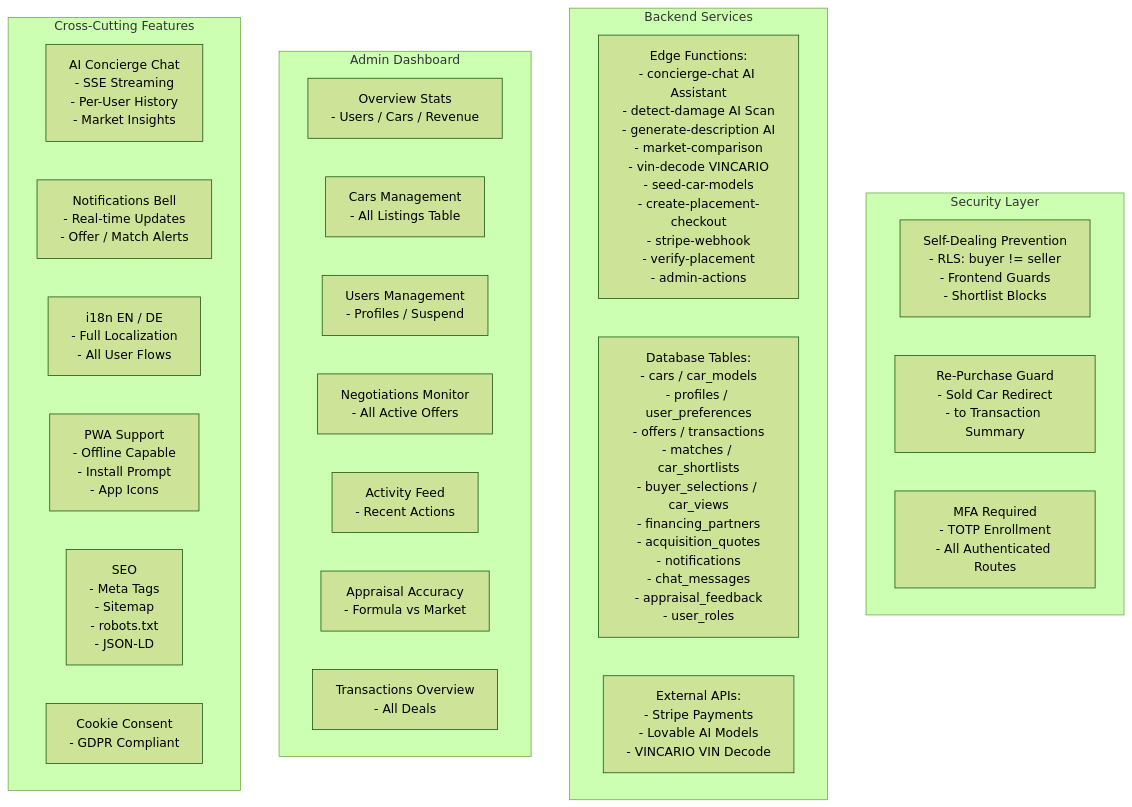
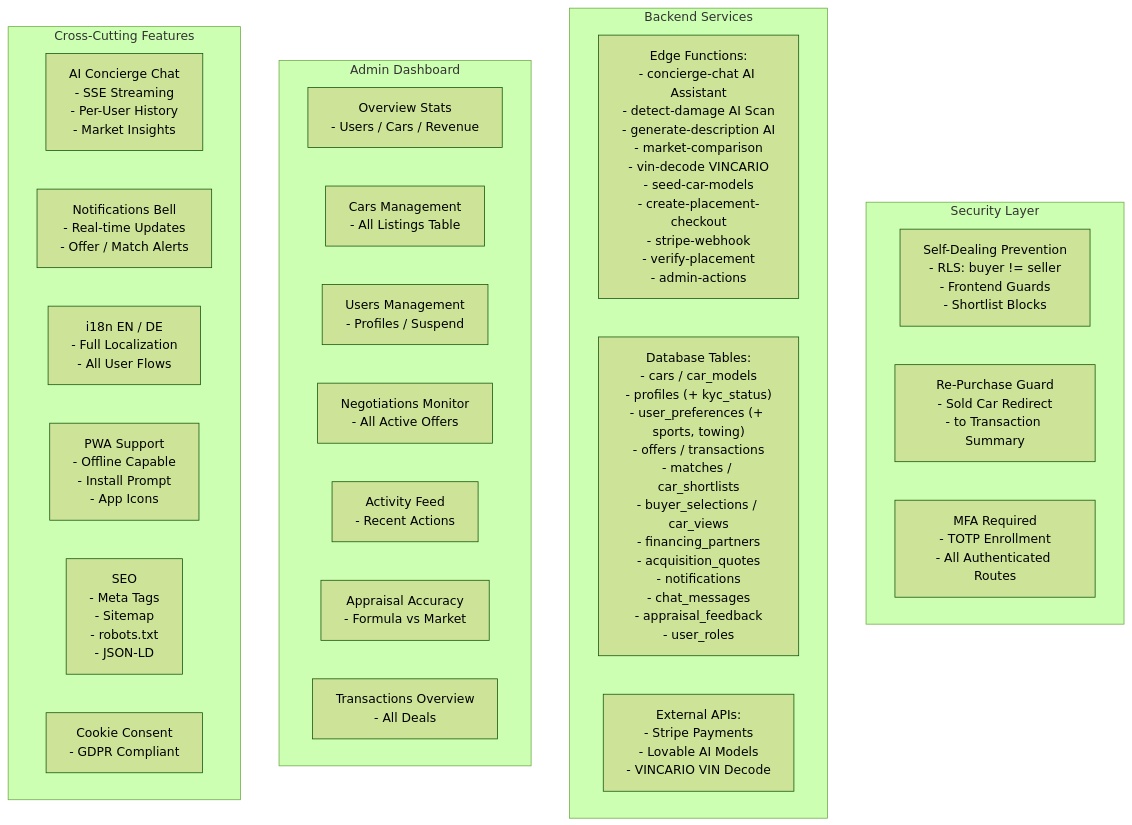
The diagram in public/docs/system-overview.md (dameco1/autozon), drawn with Mermaid (forest theme) before and after one commit.

Commit message:
Preceding changes

````diff
--- a/public/docs/system-overview.md
+++ b/public/docs/system-overview.md
@@ -5,33 +5,33 @@
 ```mermaid
 flowchart TD
     subgraph SECURITY["Security Layer"]
         SEC1["Self-Dealing Prevention\n- RLS: buyer != seller\n- Frontend Guards\n- Shortlist Blocks"]
         SEC2["Re-Purchase Guard\n- Sold Car Redirect\n- to Transaction Summary"]
         SEC3["MFA Required\n- TOTP Enrollment\n- All Authenticated Routes"]
     end
 
     subgraph BACKEND["Backend Services"]
         BE1["Edge Functions:\n- concierge-chat AI Assistant\n- detect-damage AI Scan\n- generate-description AI\n- market-comparison\n- vin-decode VINCARIO\n- seed-car-models\n- create-placement-checkout\n- stripe-webhook\n- verify-placement\n- admin-actions"]
-        BE2["Database Tables:\n- cars / car_models\n- profiles / user_preferences\n- offers / transactions\n- matches / car_shortlists\n- buyer_selections / car_views\n- financing_partners\n- acquisition_quotes\n- notifications\n- chat_messages\n- appraisal_feedback\n- user_roles"]
+        BE2["Database Tables:\n- cars / car_models\n- profiles (+ kyc_status)\n- user_preferences (+ sports, towing)\n- offers / transactions\n- matches / car_shortlists\n- buyer_selections / car_views\n- financing_partners\n- acquisition_quotes\n- notifications\n- chat_messages\n- appraisal_feedback\n- user_roles"]
         BE3["External APIs:\n- Stripe Payments\n- Lovable AI Models\n- VINCARIO VIN Decode"]
     end
 
     subgraph ADMIN["Admin Dashboard"]
         AD1["Overview Stats\n- Users / Cars / Revenue"]
         AD2["Cars Management\n- All Listings Table"]
         AD3["Users Management\n- Profiles / Suspend"]
         AD4["Negotiations Monitor\n- All Active Offers"]
         AD5["Activity Feed\n- Recent Actions"]
         AD6["Appraisal Accuracy\n- Formula vs Market"]
         AD7["Transactions Overview\n- All Deals"]
     end
 
     subgraph FEATURES["Cross-Cutting Features"]
         F1["AI Concierge Chat\n- SSE Streaming\n- Per-User History\n- Market Insights"]
         F2["Notifications Bell\n- Real-time Updates\n- Offer / Match Alerts"]
         F3["i18n EN / DE\n- Full Localization\n- All User Flows"]
         F4["PWA Support\n- Offline Capable\n- Install Prompt\n- App Icons"]
         F5["SEO\n- Meta Tags\n- Sitemap\n- robots.txt\n- JSON-LD"]
         F6["Cookie Consent\n- GDPR Compliant"]
     end
 ```
````
